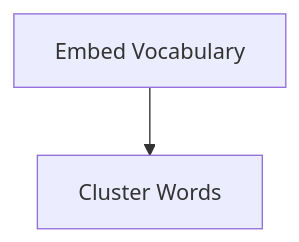
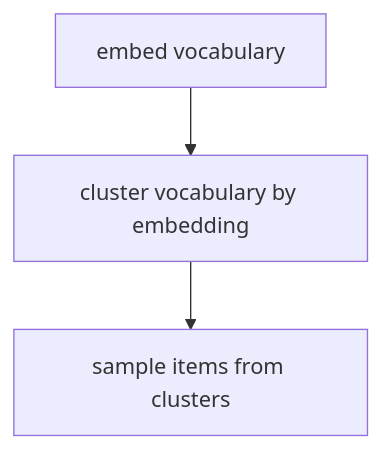
One commit to nowemoore/learning_optimiser changed the diagram in README.md. Above: the diagram before and after it, drawn with Mermaid.

Commit message:
Update flowchart in README.md to clarify vocabulary clustering process

````diff
--- a/README.md
+++ b/README.md
@@ -3,4 +3,5 @@
 ```mermaid
 flowchart TD;
-  Embeddings[Embed Vocabulary] --> Cluster[Cluster Words];
+  Embeddings[embed vocabulary] --> Cluster[cluster vocabulary by embedding];
+  Cluster --> Sample[sample items from clusters];
 ```
````
